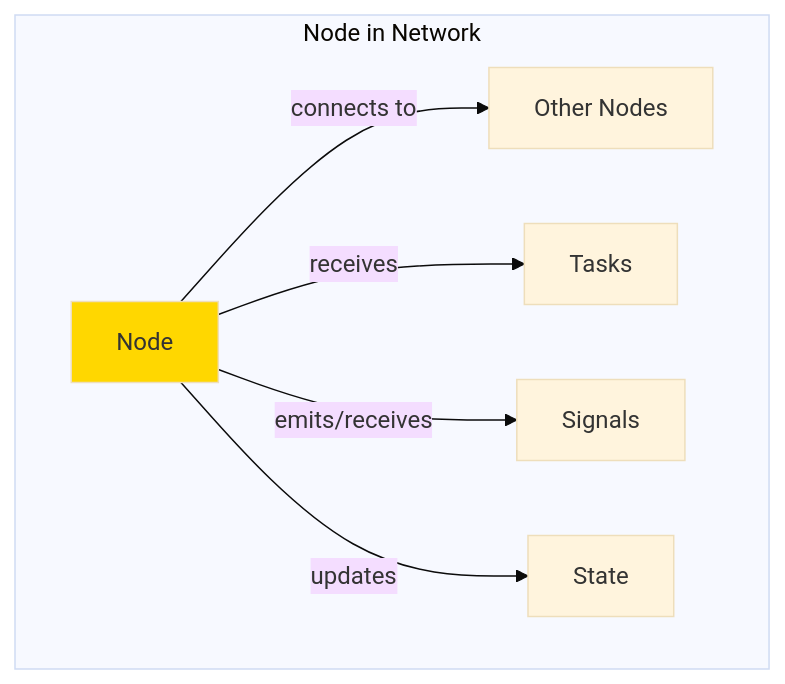
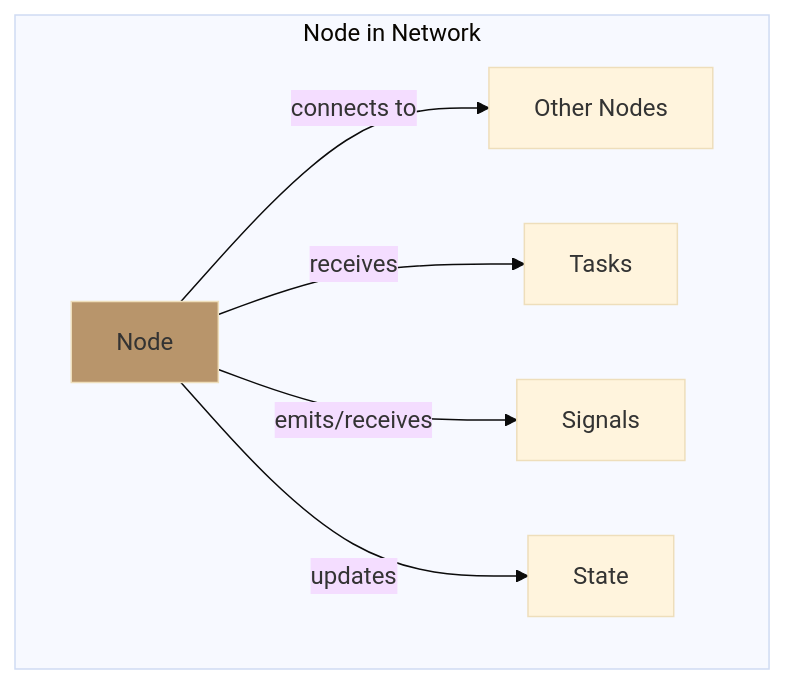
Before and after one commit to ScopeCreep-zip/Symbiont: the ninth of 9 diagrams in docs/architecture/node.md, drawn with Mermaid (base theme). The commit also changed other lines of this file and 17 other files, not shown here.

Commit message:
update to diagram colors

````diff
--- a/docs/architecture/node.md
+++ b/docs/architecture/node.md
@@ -576,12 +576,12 @@
 ```mermaid
 graph TB
     subgraph "Node in Network"
         N[Node]
         N --> |connects to| O1[Other Nodes]
         N --> |receives| T[Tasks]
         N --> |emits/receives| S[Signals]
         N --> |updates| ST[State]
     end
 
-    style N fill:#FFD700
+    style N fill:#b8956b
 ```
````
